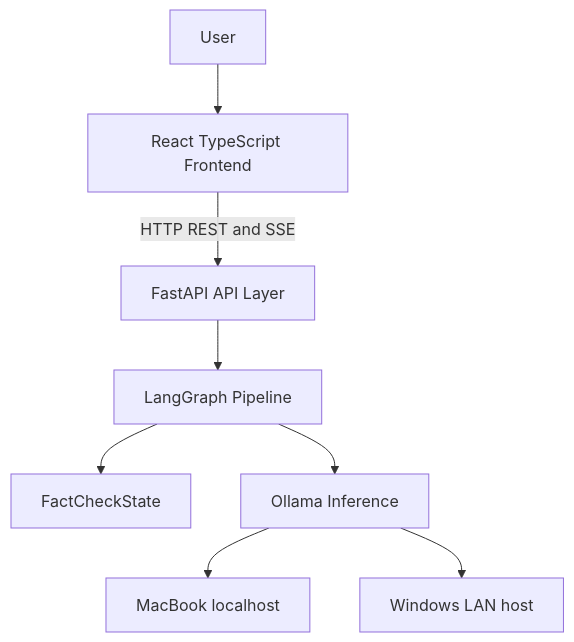
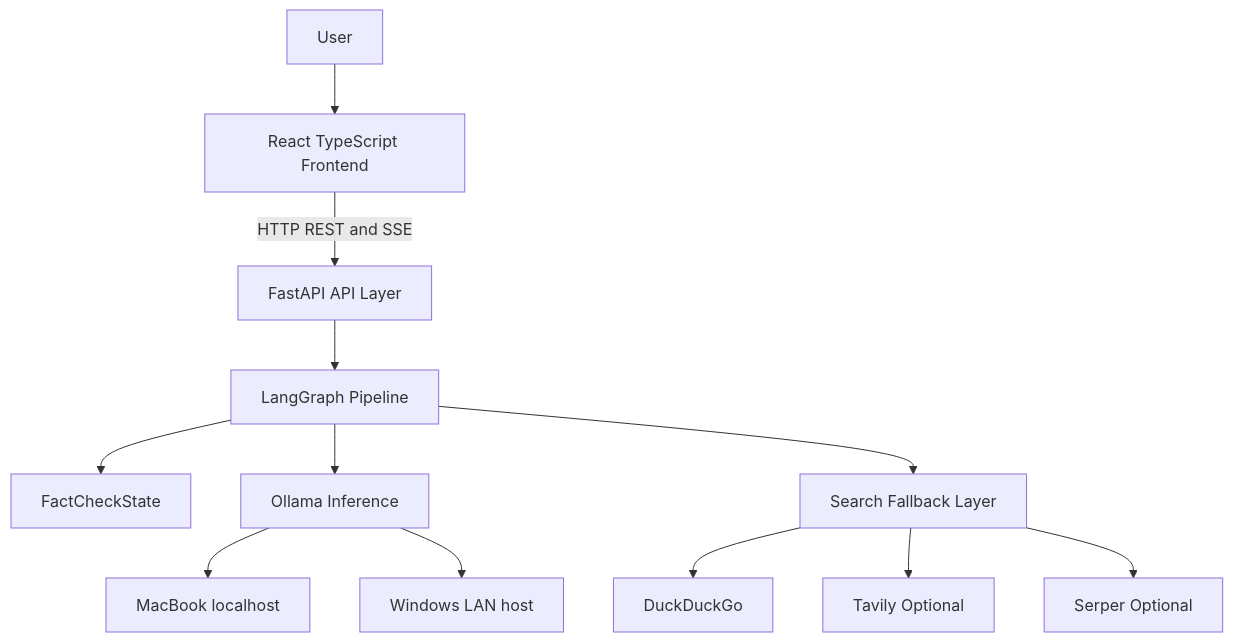
Before and after one commit to Hirushikanth/FactCheck-AI: the first of 2 diagrams in docs/architecture/system-overview.md, drawn with Mermaid. The commit also changed other lines of this file and 52 other files, not shown here.

Commit message:
Implement Phase 2 extractor agent and search fallback chain. Add the Claimify-style extractor subgraph with structured-output retries and plain JSON fallback, wire extracted_claims into the pipeline, and add DuckDuckGo→Tavily→Serper search fallback with config, tests, and docs.

````diff
--- a/docs/architecture/system-overview.md
+++ b/docs/architecture/system-overview.md
@@ -15,10 +15,14 @@
 ```mermaid
 flowchart TB
     User[User] --> Frontend[React TypeScript Frontend]
     Frontend -->|HTTP REST and SSE| API[FastAPI API Layer]
     API --> Pipeline[LangGraph Pipeline]
     Pipeline --> State[FactCheckState]
     Pipeline --> Ollama[Ollama Inference]
+    Pipeline --> Search[Search Fallback Layer]
     Ollama --> ModeA[MacBook localhost]
     Ollama --> ModeB[Windows LAN host]
+    Search --> DuckDuckGo[DuckDuckGo]
+    Search --> Tavily[Tavily Optional]
+    Search --> Serper[Serper Optional]
 ```
````
